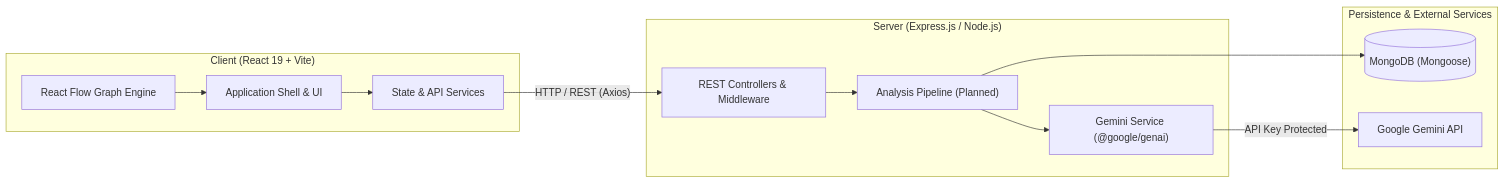
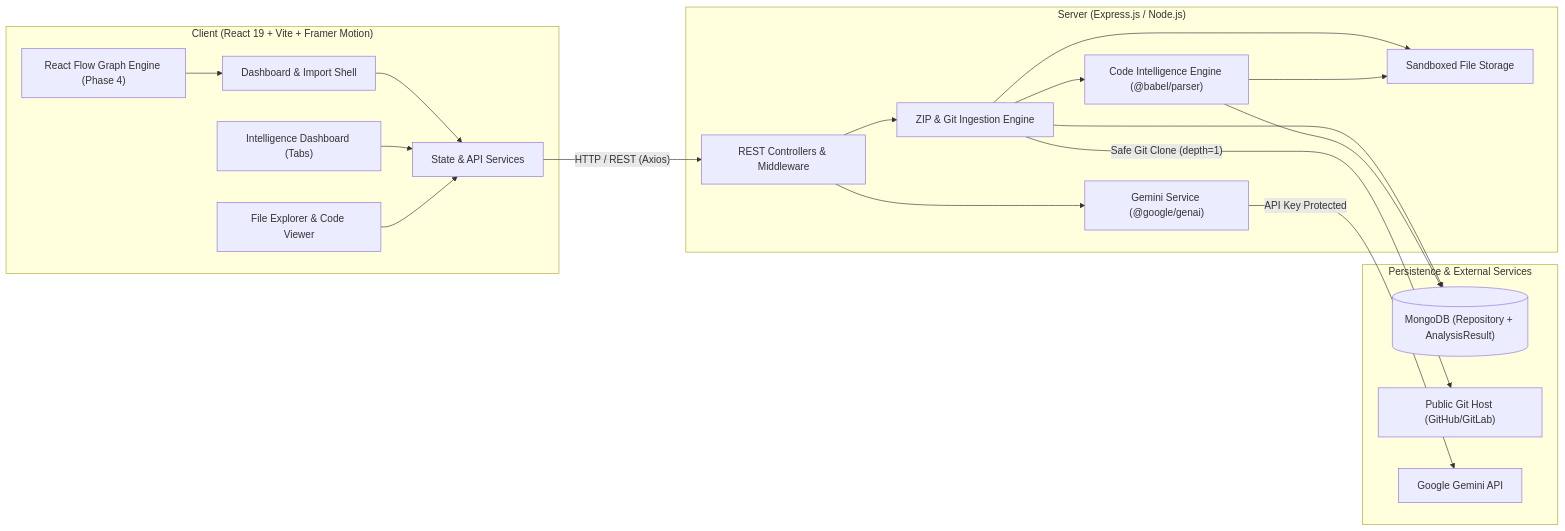
One commit to vrajsutariya/RepoLens changed the first of 3 diagrams in docs/architecture.md. Above: the diagram before and after it, drawn with Mermaid. The commit also changed other lines of this file and 56 other files, not shown here.

````diff
--- a/docs/architecture.md
+++ b/docs/architecture.md
@@ -12,27 +12,39 @@
 ```mermaid
 flowchart LR
-    subgraph Client["Client (React 19 + Vite)"]
-        UI["Application Shell & UI"]
-        Flow["React Flow Graph Engine"]
+    subgraph Client["Client (React 19 + Vite + Framer Motion)"]
+        UI["Dashboard & Import Shell"]
+        Intelligence["Intelligence Dashboard (Tabs)"]
+        Explorer["File Explorer & Code Viewer"]
+        Flow["React Flow Graph Engine (Phase 4)"]
         State["State & API Services"]
     end
 
     subgraph Server["Server (Express.js / Node.js)"]
         API["REST Controllers & Middleware"]
-        Pipeline["Analysis Pipeline (Planned)"]
+        Ingestion["ZIP & Git Ingestion Engine"]
+        StorageMgr["Sandboxed File Storage"]
+        Analyzer["Code Intelligence Engine (@babel/parser)"]
         GeminiSvc["Gemini Service (@google/genai)"]
     end
 
     subgraph Data["Persistence & External Services"]
-        Mongo[("MongoDB (Mongoose)")]
+        Mongo[("MongoDB (Repository + AnalysisResult)")]
+        GitRemote["Public Git Host (GitHub/GitLab)"]
         GeminiAPI["Google Gemini API"]
     end
 
     UI --> State
+    Intelligence --> State
+    Explorer --> State
     State -->|"HTTP / REST (Axios)"| API
     Flow --> UI
-    API --> Pipeline
-    Pipeline --> GeminiSvc
-    Pipeline --> Mongo
+    API --> Ingestion
+    Ingestion --> StorageMgr
+    Ingestion --> Mongo
+    Ingestion --> Analyzer
+    Analyzer --> StorageMgr
+    Analyzer --> Mongo
+    Ingestion -->|"Safe Git Clone (depth=1)"| GitRemote
+    API --> GeminiSvc
     GeminiSvc -->|"API Key Protected"| GeminiAPI
 ```
````
